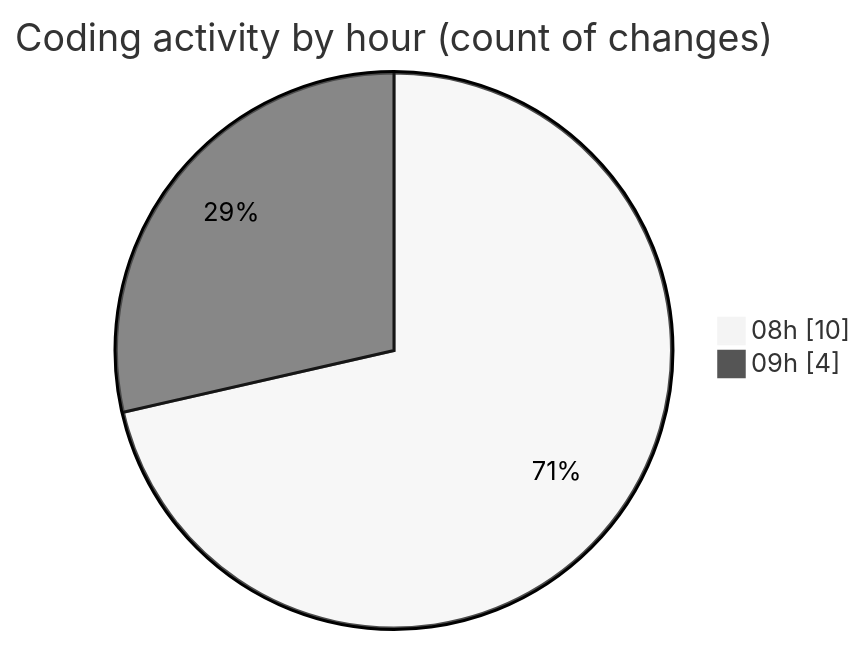
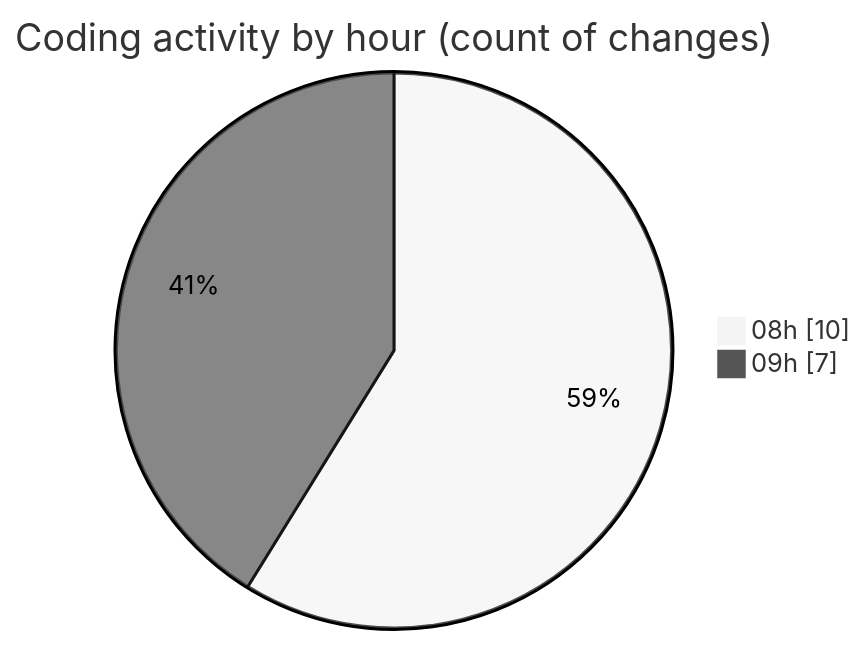
Before and after one commit to LanceThiago/code-tracking: the second of 2 diagrams in 2025-01-07/nueva_carpeta/README.md, drawn with Mermaid (neutral theme). The commit also changed other lines of this file and 1 other file, not shown here.

````diff
--- a/2025-01-07/nueva_carpeta/README.md
+++ b/2025-01-07/nueva_carpeta/README.md
@@ -28,6 +28,6 @@
 ```mermaid
 pie showData
 title Coding activity by hour (count of changes)
 "08h" : 10
-"09h" : 4
+"09h" : 7
 ```
````
